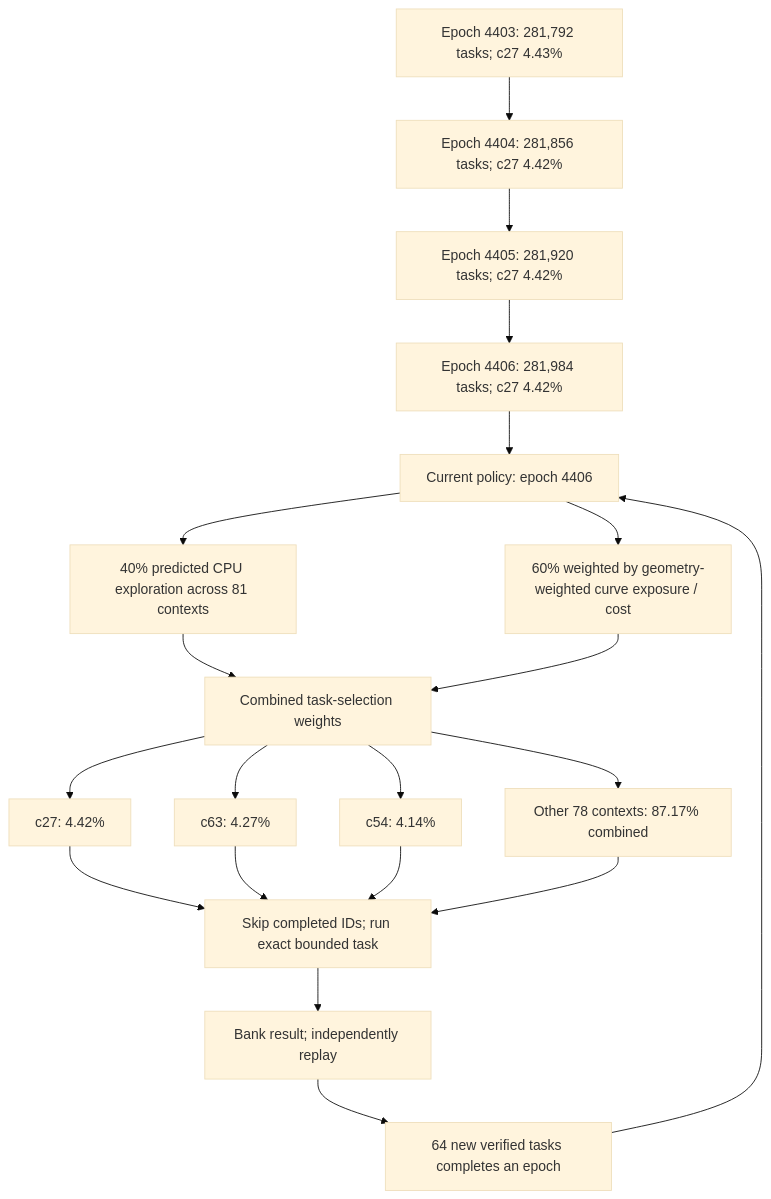
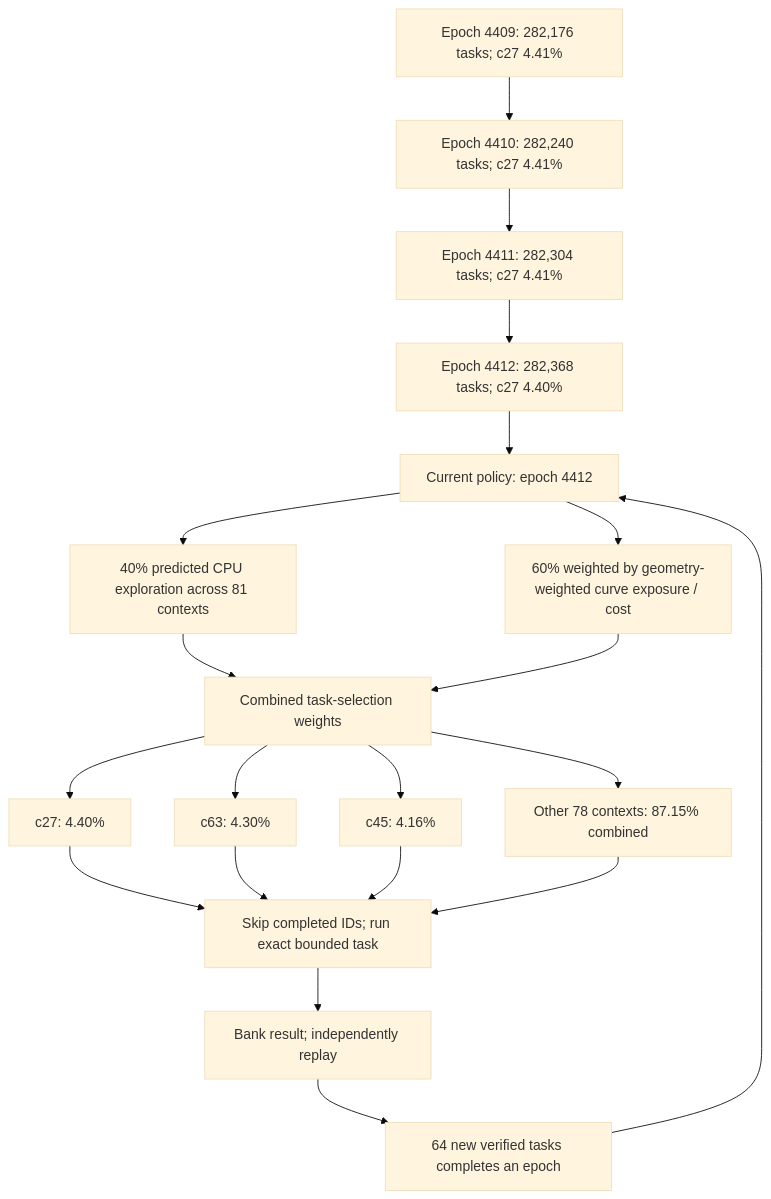
Before and after one commit to Kuberwastaken/math-gambling: the first of 3 diagrams in README.md, drawn with Mermaid (base theme). The commit also changed other lines of this file and 2928 other files, not shown here.

````diff
--- a/README.md
+++ b/README.md
@@ -60,27 +60,27 @@
 ```mermaid
 flowchart TD
-    H0["Epoch 4403: 281,792 tasks; c27 4.43%"]
-    H1["Epoch 4404: 281,856 tasks; c27 4.42%"]
+    H0["Epoch 4409: 282,176 tasks; c27 4.41%"]
+    H1["Epoch 4410: 282,240 tasks; c27 4.41%"]
     H0 --> H1
-    H2["Epoch 4405: 281,920 tasks; c27 4.42%"]
+    H2["Epoch 4411: 282,304 tasks; c27 4.41%"]
     H1 --> H2
-    H3["Epoch 4406: 281,984 tasks; c27 4.42%"]
+    H3["Epoch 4412: 282,368 tasks; c27 4.40%"]
     H2 --> H3
-    Policy["Current policy: epoch 4406"]
+    Policy["Current policy: epoch 4412"]
     H3 --> Policy
     Policy --> Explore["40% predicted CPU exploration across 81 contexts"]
     Policy --> Cost["60% weighted by geometry-weighted curve exposure / cost"]
     Explore --> Mix["Combined task-selection weights"]
     Cost --> Mix
-    Mix --> C0["c27: 4.42%"]
-    Mix --> C1["c63: 4.27%"]
-    Mix --> C2["c54: 4.14%"]
-    Mix --> Rest["Other 78 contexts: 87.17% combined"]
+    Mix --> C0["c27: 4.40%"]
+    Mix --> C1["c63: 4.30%"]
+    Mix --> C2["c45: 4.16%"]
+    Mix --> Rest["Other 78 contexts: 87.15% combined"]
     C0 --> Check["Skip completed IDs; run exact bounded task"]
     C1 --> Check
     C2 --> Check
     Rest --> Check
     Check --> Replay["Bank result; independently replay"]
     Replay --> Gate["64 new verified tasks completes an epoch"]
     Gate --> Policy
 ```
````
